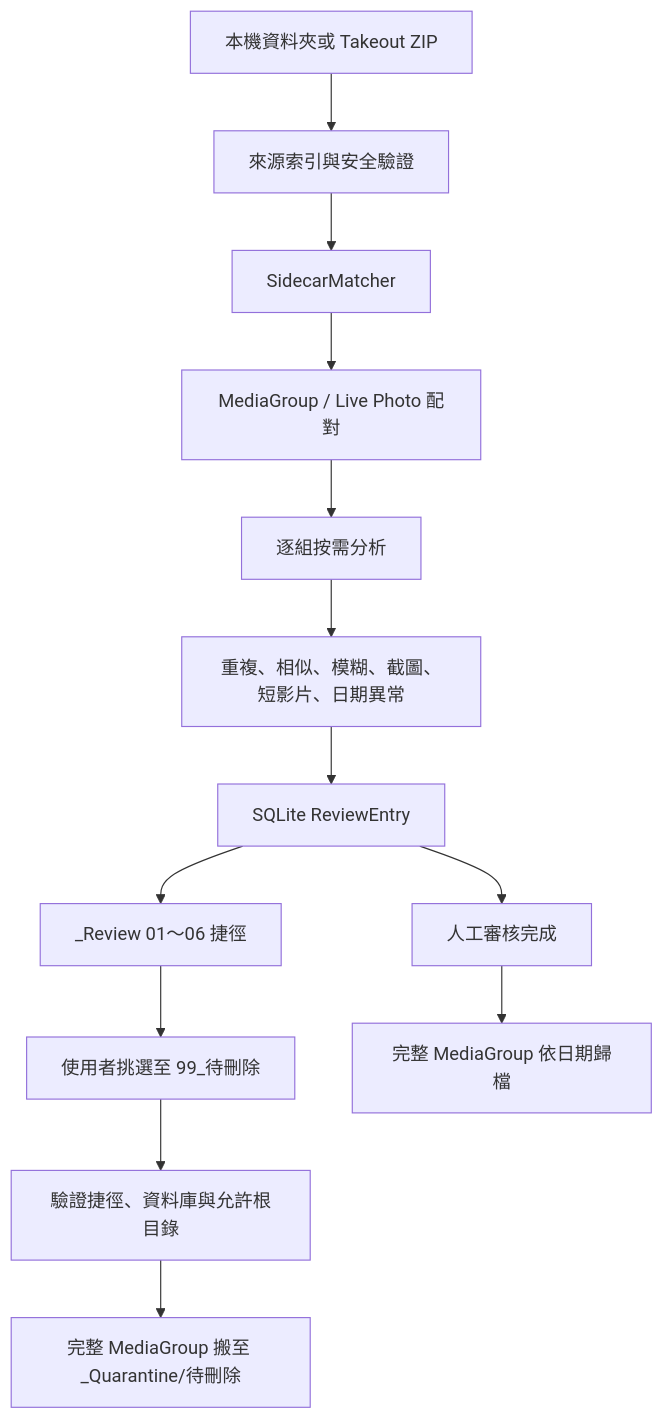
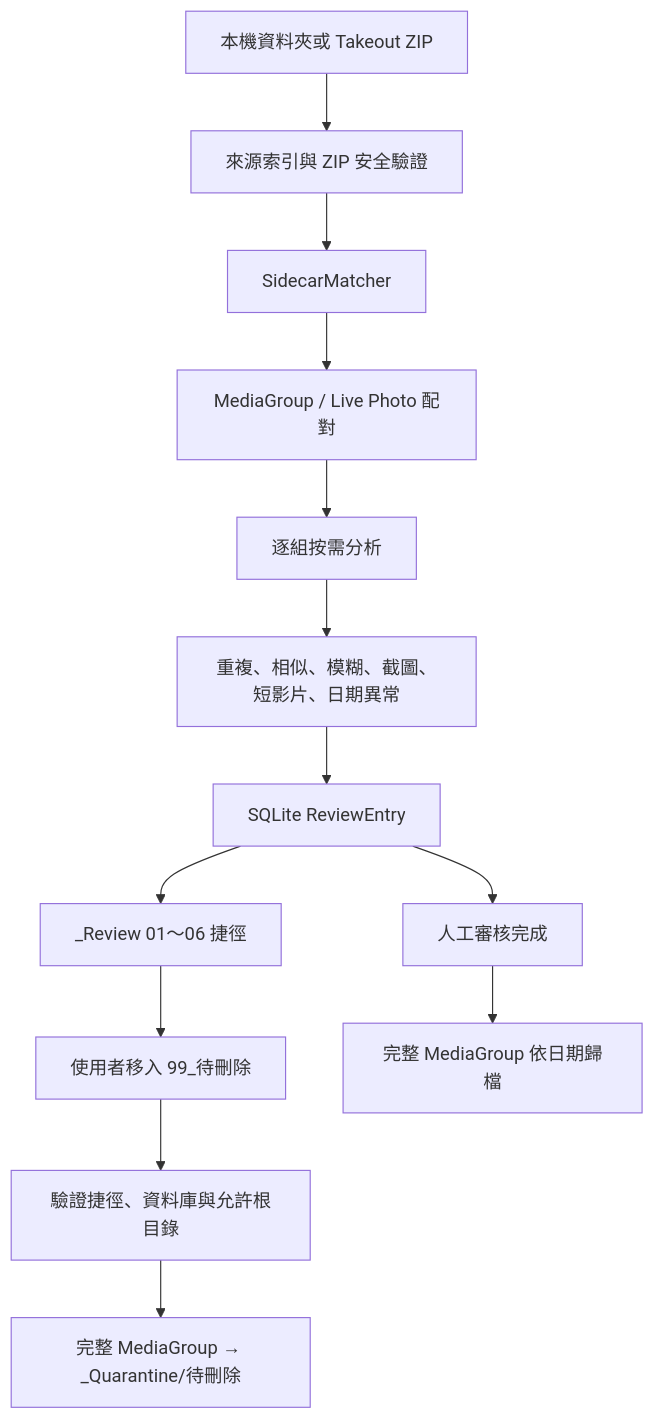
Before and after one commit to lianghao02/Smart-Photo-Organizer: the diagram in ARCHITECTURE.md, drawn with Mermaid. The commit also changed other lines of this file and 15 other files, not shown here.

````diff
--- a/ARCHITECTURE.md
+++ b/ARCHITECTURE.md
@@ -28,15 +37,15 @@
 ```mermaid
 flowchart TD
-    A["本機資料夾或 Takeout ZIP"] --> B["來源索引與安全驗證"]
+    A["本機資料夾或 Takeout ZIP"] --> B["來源索引與 ZIP 安全驗證"]
     B --> C["SidecarMatcher"]
     C --> D["MediaGroup / Live Photo 配對"]
     D --> E["逐組按需分析"]
     E --> F["重複、相似、模糊、截圖、短影片、日期異常"]
     F --> G["SQLite ReviewEntry"]
     G --> H["_Review 01～06 捷徑"]
-    H --> I["使用者挑選至 99_待刪除"]
+    H --> I["使用者移入 99_待刪除"]
     I --> J["驗證捷徑、資料庫與允許根目錄"]
-    J --> K["完整 MediaGroup 搬至 _Quarantine/待刪除"]
+    J --> K["完整 MediaGroup → _Quarantine/待刪除"]
     G --> L["人工審核完成"]
     L --> M["完整 MediaGroup 依日期歸檔"]
 ```
````
